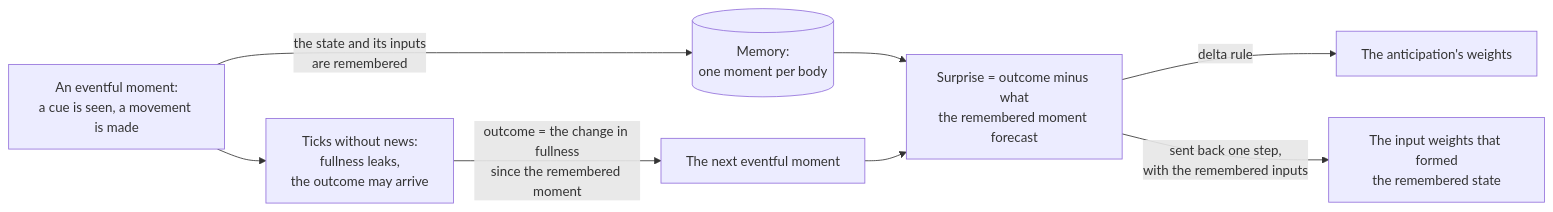
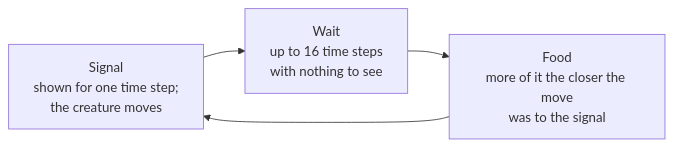
Before and after one commit to cabloo/predictive-coding-agent: the diagram in README.md, drawn with Mermaid. The commit also changed other lines of this file and 14 other files, not shown here.

````diff
--- a/README.md
+++ b/README.md
@@ -124,10 +34,6 @@
 ```mermaid
 flowchart LR
-    A["An eventful moment:<br/>a cue is seen, a movement is made"] -->|"the state and its inputs<br/>are remembered"| M[("Memory:<br/>one moment per body")]
-    A --> W["Ticks without news:<br/>fullness leaks,<br/>the outcome may arrive"]
-    W -->|"outcome = the change in fullness<br/>since the remembered moment"| N["The next eventful moment"]
-    M --> S["Surprise = outcome minus what<br/>the remembered moment forecast"]
-    N --> S
-    S -->|"delta rule"| R["The anticipation's weights"]
-    S -->|"sent back one step,<br/>with the remembered inputs"| P["The input weights that formed<br/>the remembered state"]
+    C["Signal<br/>shown for one time step;<br/>the creature moves"] --> W["Wait<br/>up to 16 time steps<br/>with nothing to see"]
+    W --> F["Food<br/>more of it the closer the move<br/>was to the signal"]
+    F --> C
 ```
````
